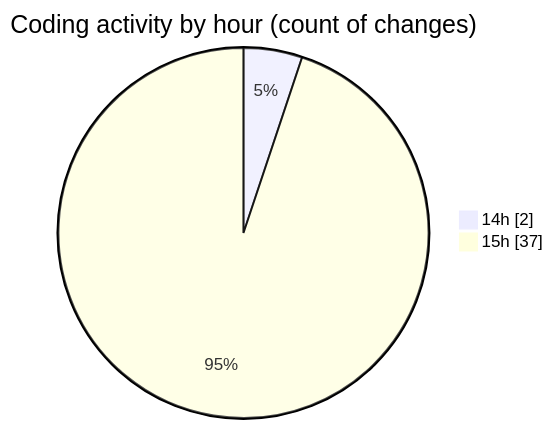
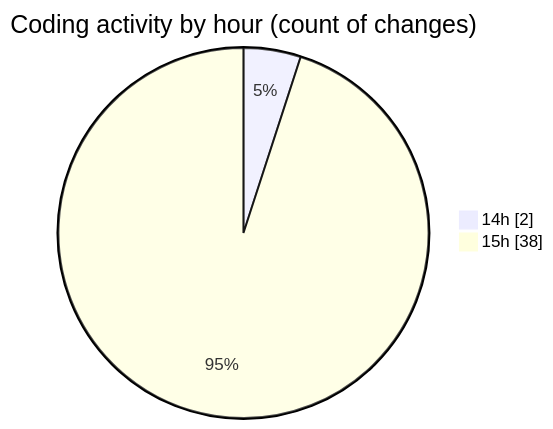
Before and after one commit to momahboobian/code-tracking: the second of 2 diagrams in 2026-07-15/cda/README.md, drawn with Mermaid. The commit also changed other lines of this file and 1 other file, not shown here.

````diff
--- a/2026-07-15/cda/README.md
+++ b/2026-07-15/cda/README.md
@@ -62,6 +62,6 @@
 ```mermaid
 pie showData
 title Coding activity by hour (count of changes)
 "14h" : 2
-"15h" : 37
+"15h" : 38
 ```
````
